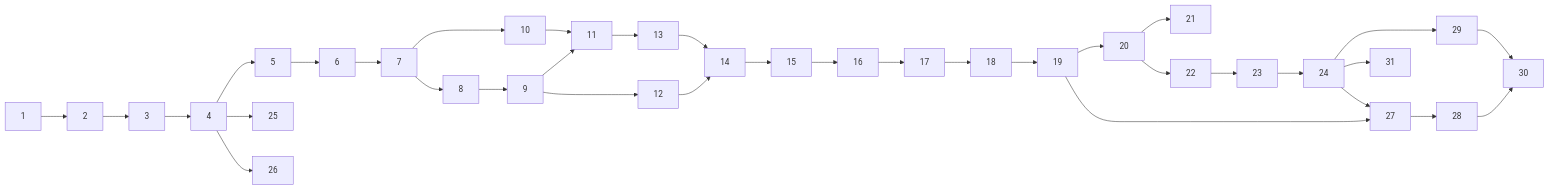
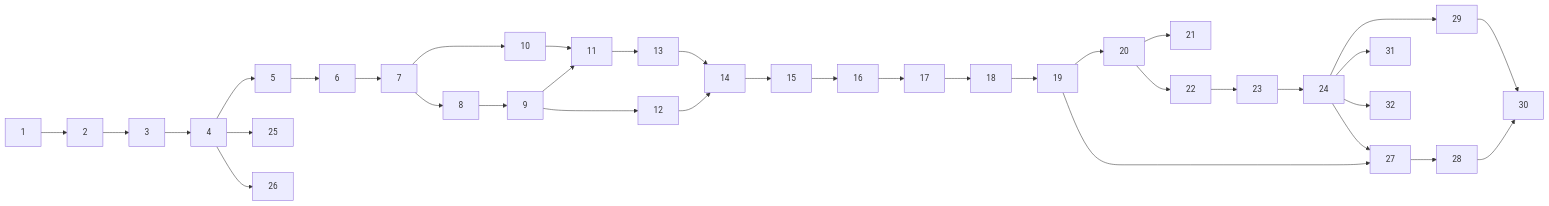
The diagram in docs/tickets/README.md (greentiger0789/engine-sound-simulator), drawn with Mermaid before and after one commit. The commit also changed other lines of this file and 8 other files, not shown here.

````diff
--- a/docs/tickets/README.md
+++ b/docs/tickets/README.md
@@ -53,37 +54,38 @@
 ```mermaid
 flowchart LR
   T1[1] --> T2[2]
   T2[2] --> T3[3]
   T3[3] --> T4[4]
   T4[4] --> T5[5]
   T5[5] --> T6[6]
   T6[6] --> T7[7]
   T7[7] --> T8[8]
   T7[7] --> T10[10]
   T8[8] --> T9[9]
   T9[9] --> T11[11]
   T9[9] --> T12[12]
   T10[10] --> T11[11]
   T11[11] --> T13[13]
   T12[12] --> T14[14]
   T13[13] --> T14[14]
   T14[14] --> T15[15]
   T15[15] --> T16[16]
   T16[16] --> T17[17]
   T17[17] --> T18[18]
   T18[18] --> T19[19]
   T19[19] --> T20[20]
   T20[20] --> T21[21]
   T20[20] --> T22[22]
   T22[22] --> T23[23]
   T23[23] --> T24[24]
   T4[4] --> T25[25]
   T4[4] --> T26[26]
   T19[19] --> T27[27]
   T24[24] --> T27[27]
   T27[27] --> T28[28]
   T24[24] --> T29[29]
   T28[28] --> T30[30]
   T29[29] --> T30[30]
   T24[24] --> T31[31]
+  T24[24] --> T32[32]
 ```
````
